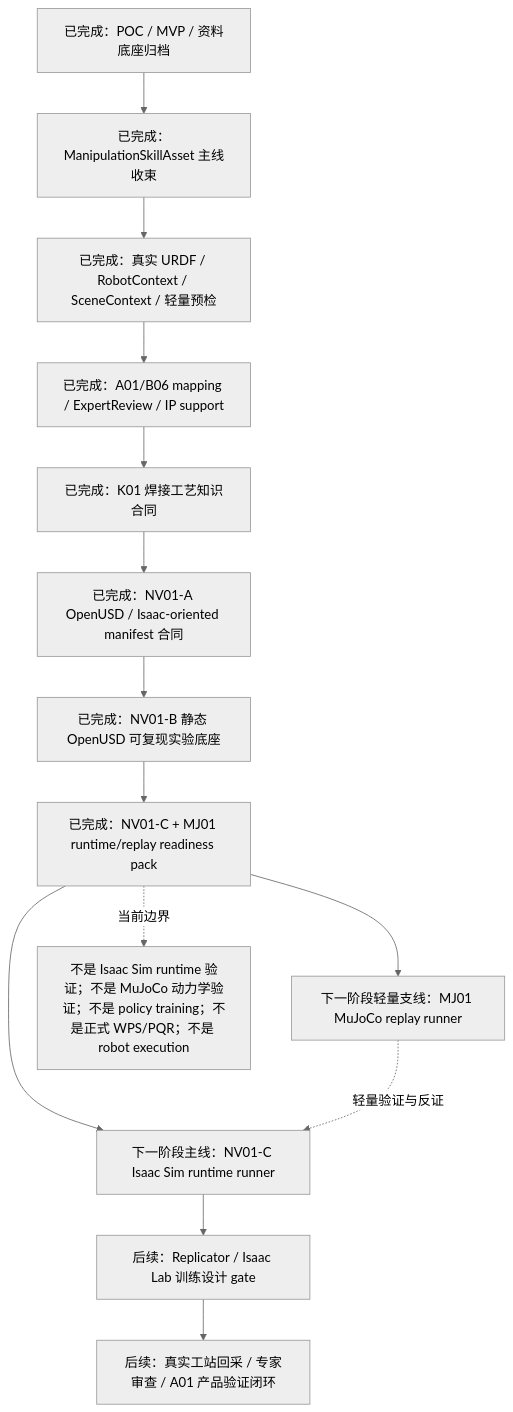
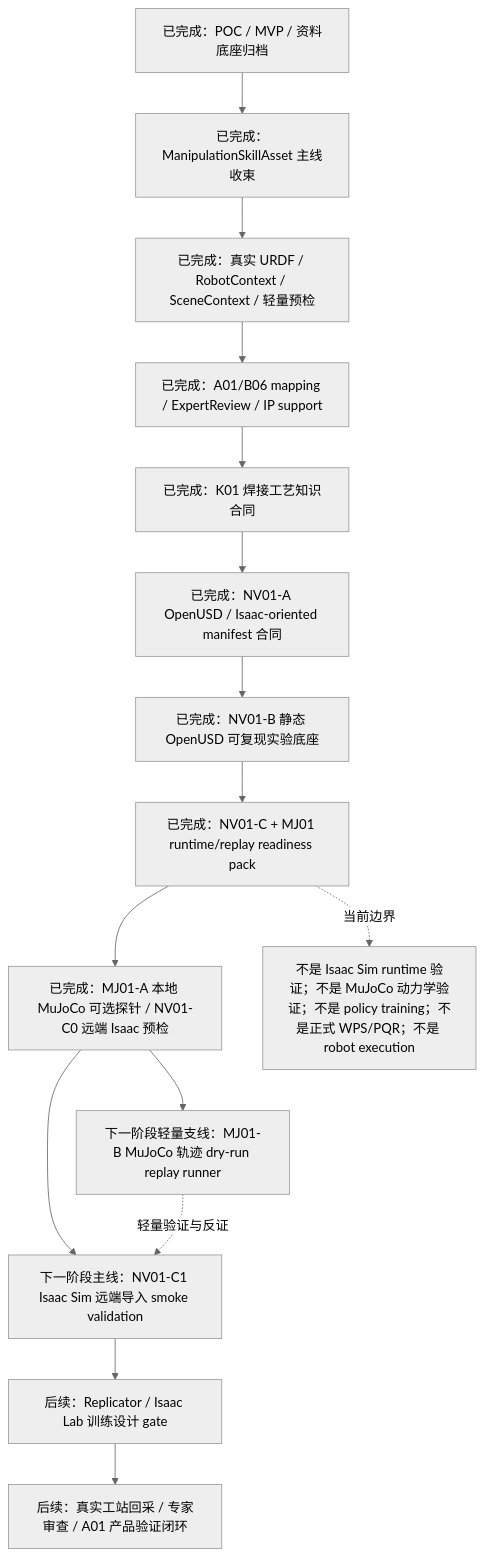
One commit to LloydS827/A02-WeldingPlatform changed the diagram in README.md. Above: the diagram before and after it, drawn with Mermaid (neutral theme). The commit also changed other lines of this file and 11 other files, not shown here.

````diff
--- a/README.md
+++ b/README.md
@@ -54,17 +54,18 @@
 ```mermaid
 flowchart TD
     A["已完成：POC / MVP / 资料底座归档"] --> B["已完成：ManipulationSkillAsset 主线收束"]
     B --> C["已完成：真实 URDF / RobotContext / SceneContext / 轻量预检"]
     C --> D["已完成：A01/B06 mapping / ExpertReview / IP support"]
     D --> E["已完成：K01 焊接工艺知识合同"]
     E --> F["已完成：NV01-A OpenUSD / Isaac-oriented manifest 合同"]
     F --> G["已完成：NV01-B 静态 OpenUSD 可复现实验底座"]
     G --> R["已完成：NV01-C + MJ01 runtime/replay readiness pack"]
-    R --> H["下一阶段主线：NV01-C Isaac Sim runtime runner"]
-    R --> M["下一阶段轻量支线：MJ01 MuJoCo replay runner"]
+    R --> P["已完成：MJ01-A 本地 MuJoCo 可选探针 / NV01-C0 远端 Isaac 预检"]
+    P --> H["下一阶段主线：NV01-C1 Isaac Sim 远端导入 smoke validation"]
+    P --> M["下一阶段轻量支线：MJ01-B MuJoCo 轨迹 dry-run replay runner"]
     M -.轻量验证与反证.-> H
     H --> I["后续：Replicator / Isaac Lab 训练设计 gate"]
     I --> J["后续：真实工站回采 / 专家审查 / A01 产品验证闭环"]
 
     R -.当前边界.-> X["不是 Isaac Sim runtime 验证；不是 MuJoCo 动力学验证；不是 policy training；不是正式 WPS/PQR；不是 robot execution"]
 ```
````
